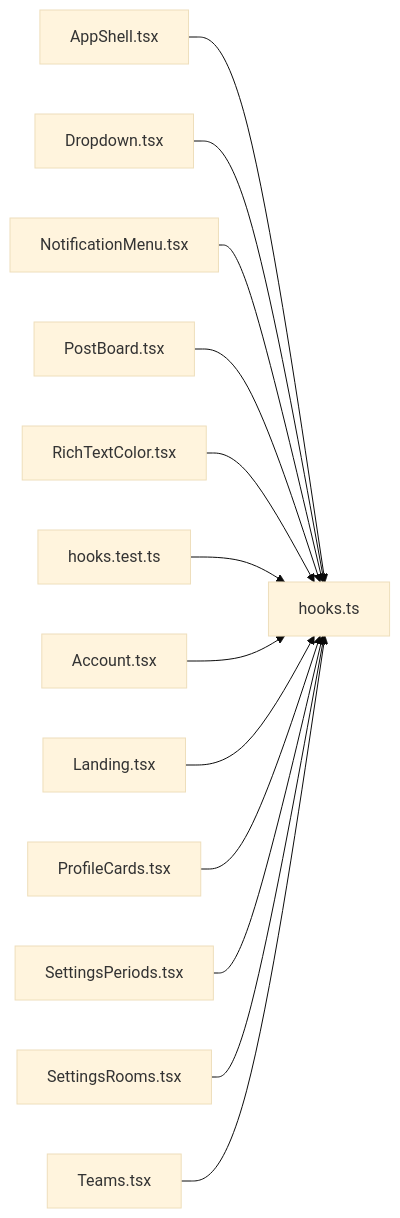
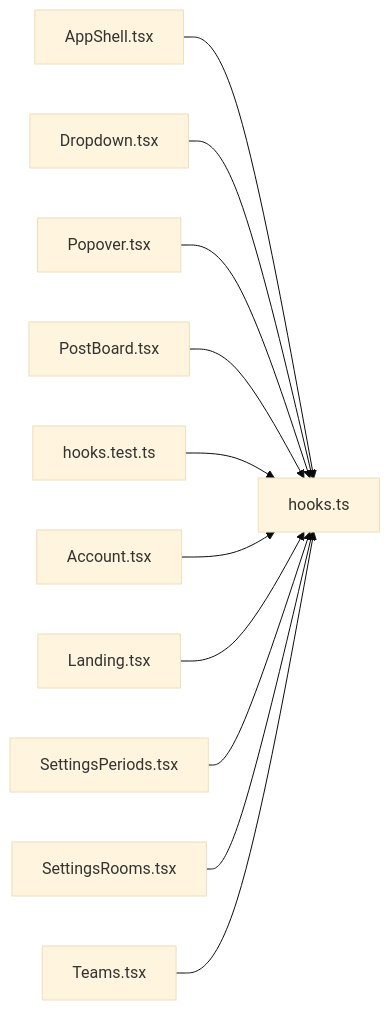
One commit to minkong-dev/Banblit changed the diagram in .cluedoc/graph/frontend/src/components/hooks.md. Above: the diagram before and after it, drawn with Mermaid (base theme). The commit also changed other lines of this file and 21 other files, not shown here.

First line of the commit message:
frontend: add Segmented and Popover components and refine touch and hover styles

````diff
--- a/.cluedoc/graph/frontend/src/components/hooks.md
+++ b/.cluedoc/graph/frontend/src/components/hooks.md
@@ -10,16 +10,14 @@
 ```mermaid
 flowchart LR
   frontend_src_components_hooks["hooks.ts"]
   frontend_src_components_AppShell["AppShell.tsx"] --> frontend_src_components_hooks
   frontend_src_components_Dropdown["Dropdown.tsx"] --> frontend_src_components_hooks
-  frontend_src_components_NotificationMenu["NotificationMenu.tsx"] --> frontend_src_components_hooks
+  frontend_src_components_Popover["Popover.tsx"] --> frontend_src_components_hooks
   frontend_src_components_PostBoard["PostBoard.tsx"] --> frontend_src_components_hooks
-  frontend_src_components_RichTextColor["RichTextColor.tsx"] --> frontend_src_components_hooks
   frontend_src_components_hooks_test["hooks.test.ts"] --> frontend_src_components_hooks
   frontend_src_routes_Account["Account.tsx"] --> frontend_src_components_hooks
   frontend_src_routes_Landing["Landing.tsx"] --> frontend_src_components_hooks
-  frontend_src_routes_ProfileCards["ProfileCards.tsx"] --> frontend_src_components_hooks
   frontend_src_routes_SettingsPeriods["SettingsPeriods.tsx"] --> frontend_src_components_hooks
   frontend_src_routes_SettingsRooms["SettingsRooms.tsx"] --> frontend_src_components_hooks
   frontend_src_routes_Teams["Teams.tsx"] --> frontend_src_components_hooks
 ```
````
